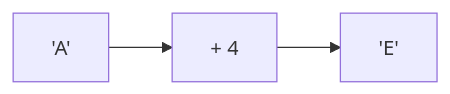
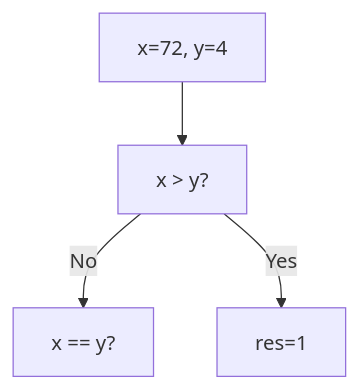
One commit to amnahwaida/OSNK_INF_PREP changed the eighth of 25 diagrams in part-c-pemahaman-cpp/02-percabangan/latihan/set-12.md. Above: the diagram before and after it, drawn with Mermaid. The commit also changed other lines of this file and 71 other files, not shown here.

````diff
--- a/part-c-pemahaman-cpp/02-percabangan/latihan/set-12.md
+++ b/part-c-pemahaman-cpp/02-percabangan/latihan/set-12.md
@@ -278,5 +223,6 @@
 ```mermaid
-graph LR
-A["'A'"] --> B["+ 4"]
-B --> C["'E'"]
+graph TD
+A["x=72, y=4"] --> B["x > y?"]
+B -- No --> C["x == y?"]
+B -- Yes --> D[res=1]
 ```
````
